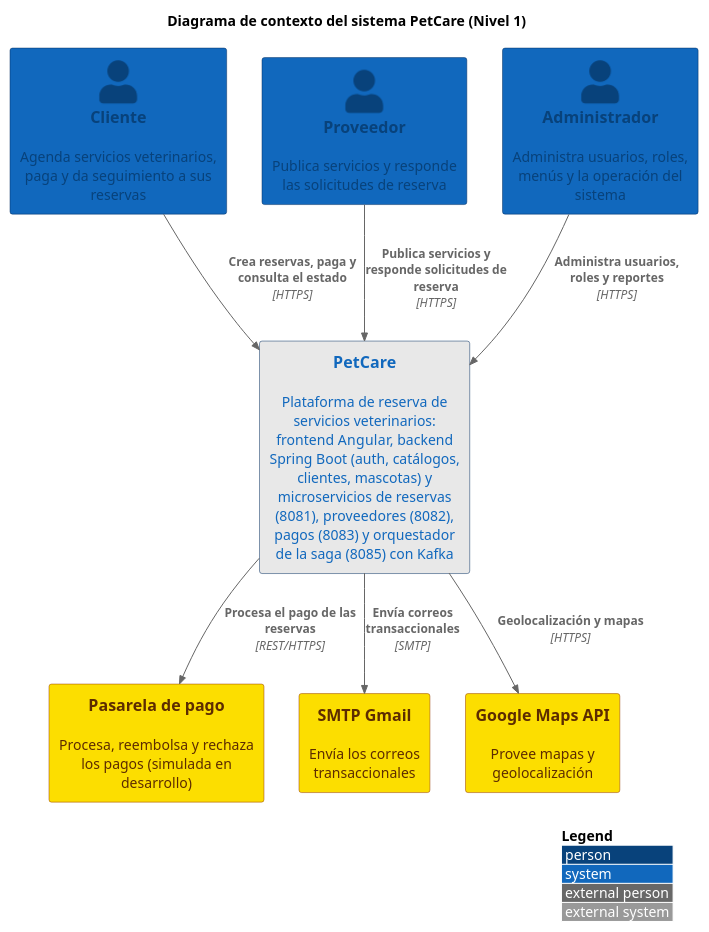
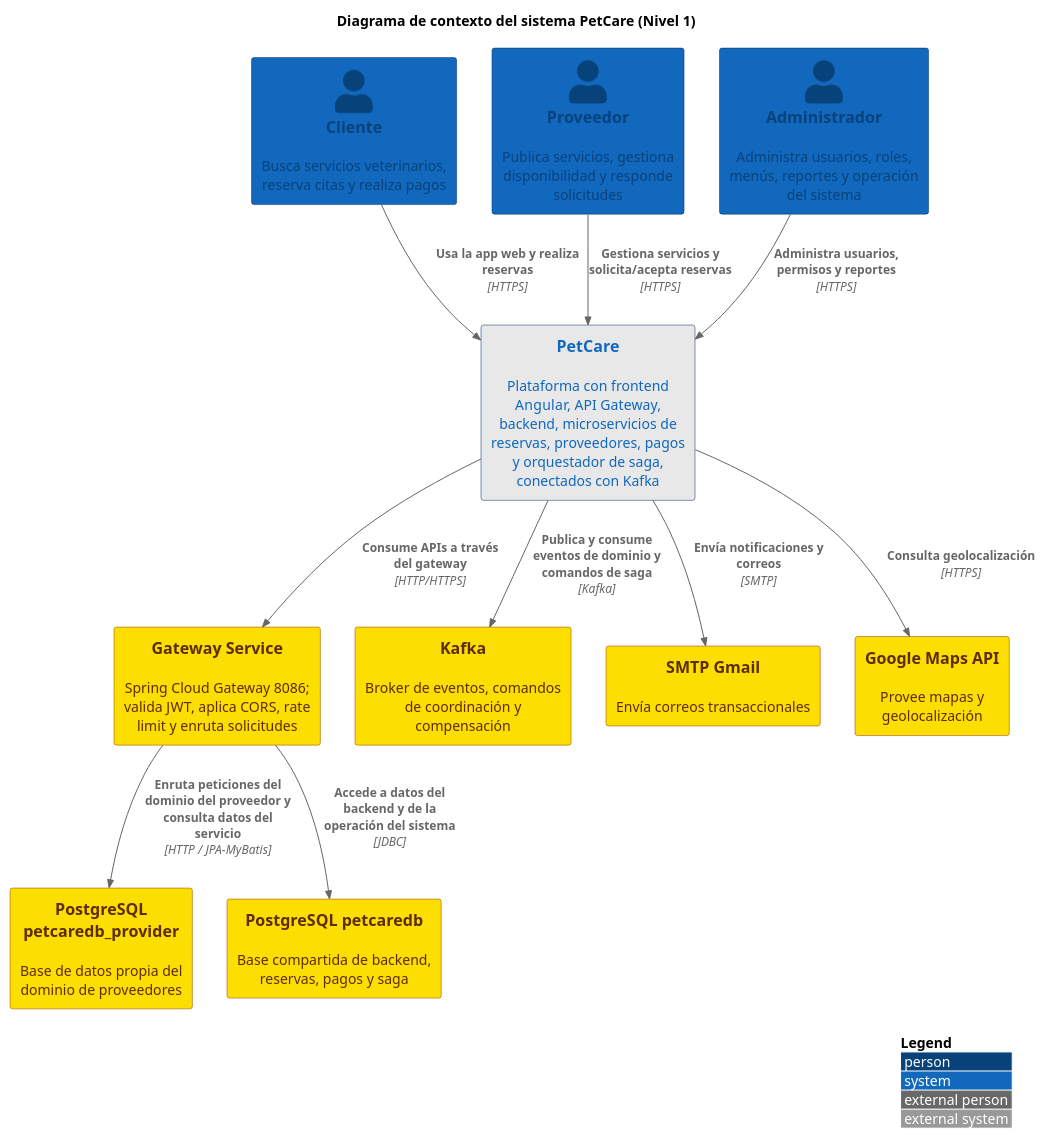
Before and after one commit to rolyjuarez/PetCare: the diagram in diagramas/1-contexto.puml, drawn with PlantUML. The commit also changed 10 other files, not shown here.

Commit message:
Diagramas Api gateway

```diff
--- a/diagramas/1-contexto.puml
+++ b/diagramas/1-contexto.puml
@@ -1,50 +1,42 @@
 @startuml
 !includeurl https://raw.githubusercontent.com/plantuml-stdlib/C4-PlantUML/master/C4_Context.puml
 
 ' ============================================================================
 ' PETCare - Diagrama de contexto (C4 Nivel 1)
+' Ajustado para reflejar la base de datos propia de provider-service
 ' ============================================================================
 
 title Diagrama de contexto del sistema PetCare (Nivel 1)
 
-' ---------------------------------------------------------------------------
-' Estilos
-' ---------------------------------------------------------------------------
 UpdateElementStyle(person, $fontColor="#08427B", $borderColor="#052F61", $bgColor="#1168BD")
 UpdateElementStyle(system, $fontColor="#1168BD", $borderColor="#052F61", $bgColor="#E8E8E8")
 UpdateElementStyle(external_system, $fontColor="#5D2C00", $borderColor="#963B00", $bgColor="#FCDE00")
 
-' ---------------------------------------------------------------------------
-' Personas
-' ---------------------------------------------------------------------------
-Person(cliente, "Cliente", "Agenda servicios veterinarios, paga y da seguimiento a sus reservas")
-Person(proveedor, "Proveedor", "Publica servicios y responde las solicitudes de reserva")
-Person(admin, "Administrador", "Administra usuarios, roles, menús y la operación del sistema")
+Person(cliente, "Cliente", "Busca servicios veterinarios, reserva citas y realiza pagos")
+Person(proveedor, "Proveedor", "Publica servicios, gestiona disponibilidad y responde solicitudes")
+Person(admin, "Administrador", "Administra usuarios, roles, menús, reportes y operación del sistema")
 
-' ---------------------------------------------------------------------------
-' Sistema
-' ---------------------------------------------------------------------------
-System(petcare, "PetCare", "Plataforma de reserva de servicios veterinarios: frontend Angular, backend Spring Boot (auth, catálogos, clientes, mascotas) y microservicios de reservas (8081), proveedores (8082), pagos (8083) y orquestador de la saga (8085) con Kafka")
+System(petcare, "PetCare", "Plataforma con frontend Angular, API Gateway, backend, microservicios de reservas, proveedores, pagos y orquestador de saga, conectados con Kafka")
+System_Ext(gateway, "Gateway Service", "Spring Cloud Gateway 8086; valida JWT, aplica CORS, rate limit y enruta solicitudes")
+System_Ext(providerDb, "PostgreSQL petcaredb_provider", "Base de datos propia del dominio de proveedores")
+System_Ext(coreDb, "PostgreSQL petcaredb", "Base compartida de backend, reservas, pagos y saga")
+System_Ext(kafka, "Kafka", "Broker de eventos, comandos de coordinación y compensación")
 
-' ---------------------------------------------------------------------------
-' Sistemas externos
-' ---------------------------------------------------------------------------
-System_Ext(pasarela, "Pasarela de pago", "Procesa, reembolsa y rechaza los pagos (simulada en desarrollo)")
-System_Ext(smtp, "SMTP Gmail", "Envía los correos transaccionales")
+System_Ext(smtp, "SMTP Gmail", "Envía correos transaccionales")
 System_Ext(maps, "Google Maps API", "Provee mapas y geolocalización")
 
+Rel(cliente, petcare, "Usa la app web y realiza reservas", "HTTPS")
+Rel(proveedor, petcare, "Gestiona servicios y solicita/acepta reservas", "HTTPS")
+Rel(admin, petcare, "Administra usuarios, permisos y reportes", "HTTPS")
 
-' ---------------------------------------------------------------------------
-' Relaciones
-' ---------------------------------------------------------------------------
-Rel(cliente, petcare, "Crea reservas, paga y consulta el estado", "HTTPS")
-Rel(proveedor, petcare, "Publica servicios y responde solicitudes de reserva", "HTTPS")
-Rel(admin, petcare, "Administra usuarios, roles y reportes", "HTTPS")
+Rel(petcare, gateway, "Consume APIs a través del gateway", "HTTP/HTTPS")
+Rel(gateway, coreDb, "Accede a datos del backend y de la operación del sistema", "JDBC")
+Rel(gateway, providerDb, "Enruta peticiones del dominio del proveedor y consulta datos del servicio", "HTTP / JPA-MyBatis")
+Rel(petcare, kafka, "Publica y consume eventos de dominio y comandos de saga", "Kafka")
 
-Rel(petcare, pasarela, "Procesa el pago de las reservas", "REST/HTTPS")
-Rel(petcare, smtp, "Envía correos transaccionales", "SMTP")
-Rel(petcare, maps, "Geolocalización y mapas", "HTTPS")
+Rel(petcare, smtp, "Envía notificaciones y correos", "SMTP")
+Rel(petcare, maps, "Consulta geolocalización", "HTTPS")
 
 LAYOUT_WITH_LEGEND()
 
 @enduml
```
